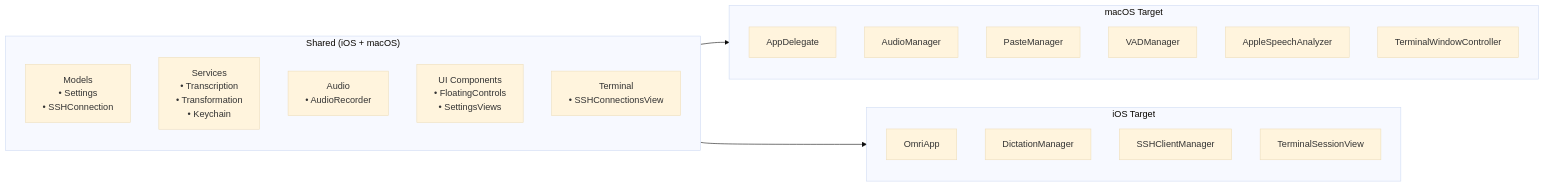
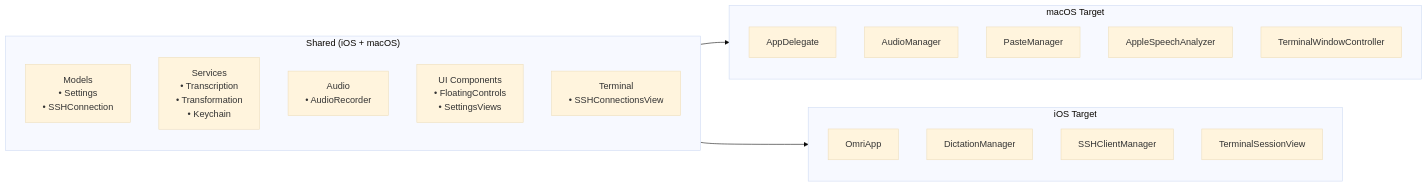
Before and after one commit to nasedkinpv/omri: the first of 5 diagrams in ARCHITECTURE.md, drawn with Mermaid (base theme). The commit also changed other lines of this file and 21 other files, not shown here.

````diff
--- a/ARCHITECTURE.md
+++ b/ARCHITECTURE.md
@@ -7,29 +7,28 @@
 ```mermaid
 flowchart LR
     subgraph Shared["Shared (iOS + macOS)"]
         Models["Models\n• Settings\n• SSHConnection"]
         Services["Services\n• Transcription\n• Transformation\n• Keychain"]
         Audio["Audio\n• AudioRecorder"]
         UI["UI Components\n• FloatingControls\n• SettingsViews"]
         Terminal["Terminal\n• SSHConnectionsView"]
     end
 
     subgraph macOS["macOS Target"]
         AppDelegate
         AudioManager
         PasteManager
-        VADManager
         AppleSpeech["AppleSpeechAnalyzer"]
         MacTerminal["TerminalWindowController"]
     end
 
     subgraph iOS["iOS Target"]
         OmriApp["OmriApp"]
         DictationMgr["DictationManager"]
         SSHClient["SSHClientManager"]
         iOSTerminal["TerminalSessionView"]
     end
 
     Shared --> macOS
     Shared --> iOS
 ```
````
